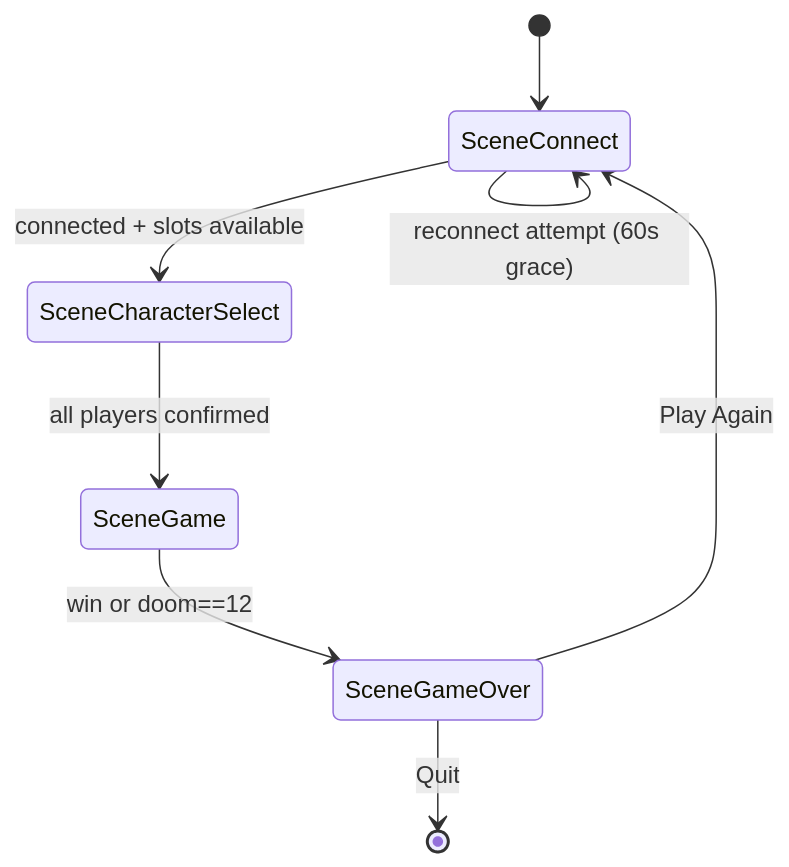
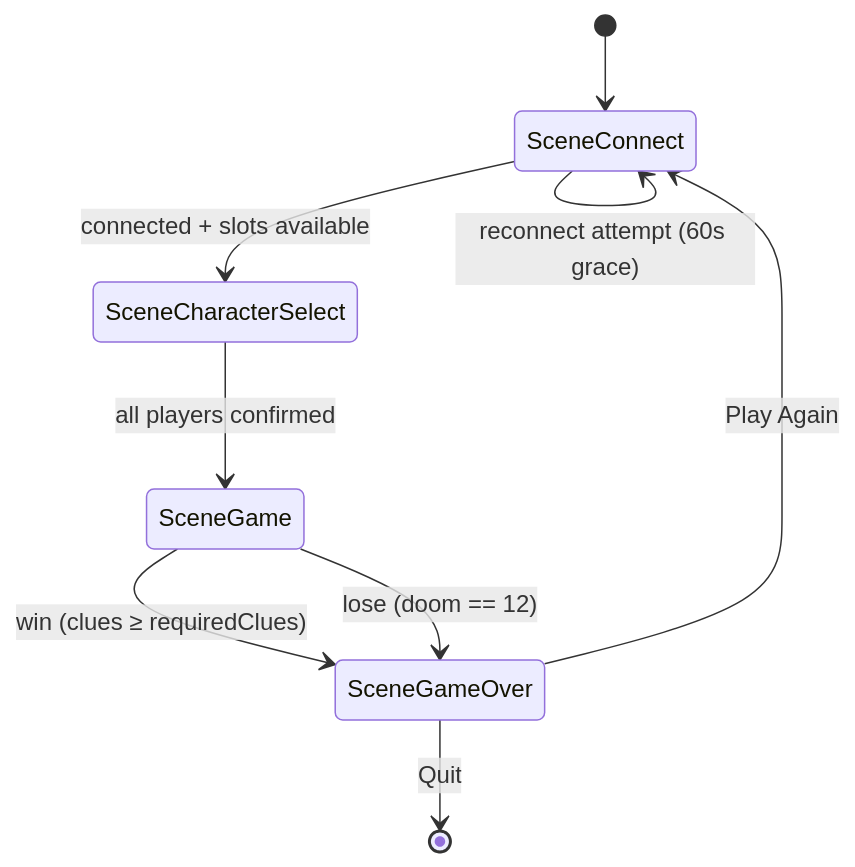
One commit to opd-ai/bostonfear changed the diagram in CLIENT_SPEC.md. Above: the diagram before and after it, drawn with Mermaid. The commit also changed other lines of this file, not shown here.

Commit message:
Address PR review: fix CLIENT_SPEC.md citations, Mermaid diagram, server address, and protocol mismatch

````diff
--- a/CLIENT_SPEC.md
+++ b/CLIENT_SPEC.md
@@ -19,10 +21,11 @@
 ```mermaid
 stateDiagram-v2
     [*] --> SceneConnect
     SceneConnect --> SceneCharacterSelect : connected + slots available
     SceneConnect --> SceneConnect : reconnect attempt (60s grace)
     SceneCharacterSelect --> SceneGame : all players confirmed
-    SceneGame --> SceneGameOver : win or doom==12
+    SceneGame --> SceneGameOver : win (clues ≥ requiredClues)
+    SceneGame --> SceneGameOver : lose (doom == 12)
     SceneGameOver --> SceneConnect : Play Again
     SceneGameOver --> [*] : Quit
 ```
````
